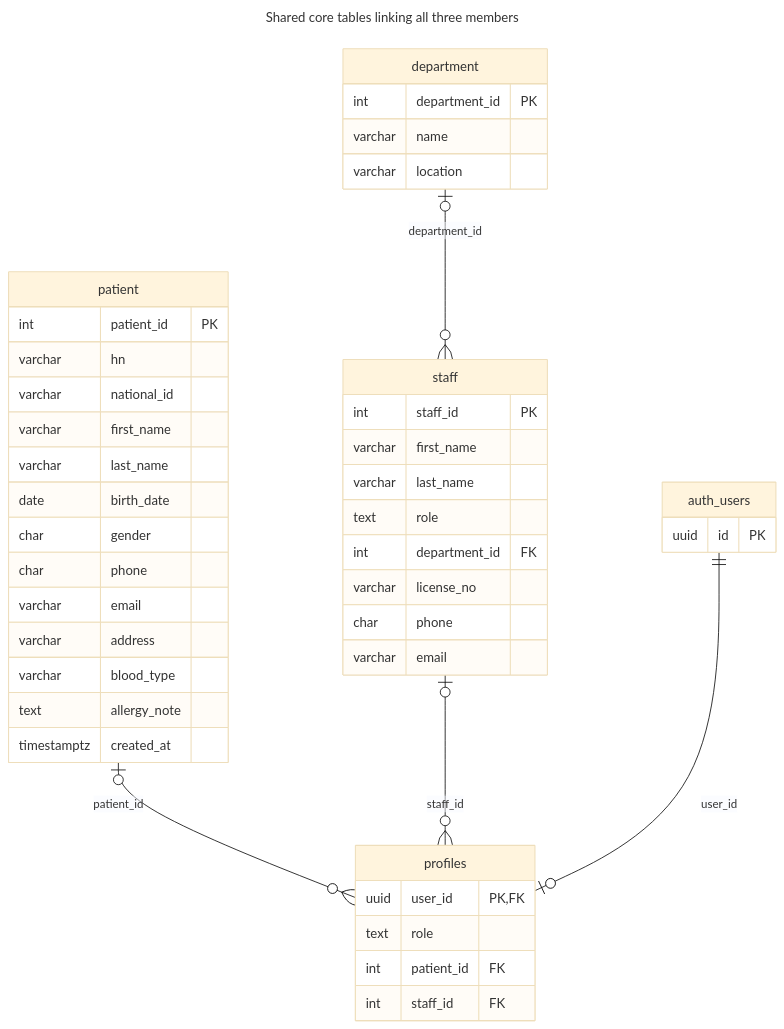
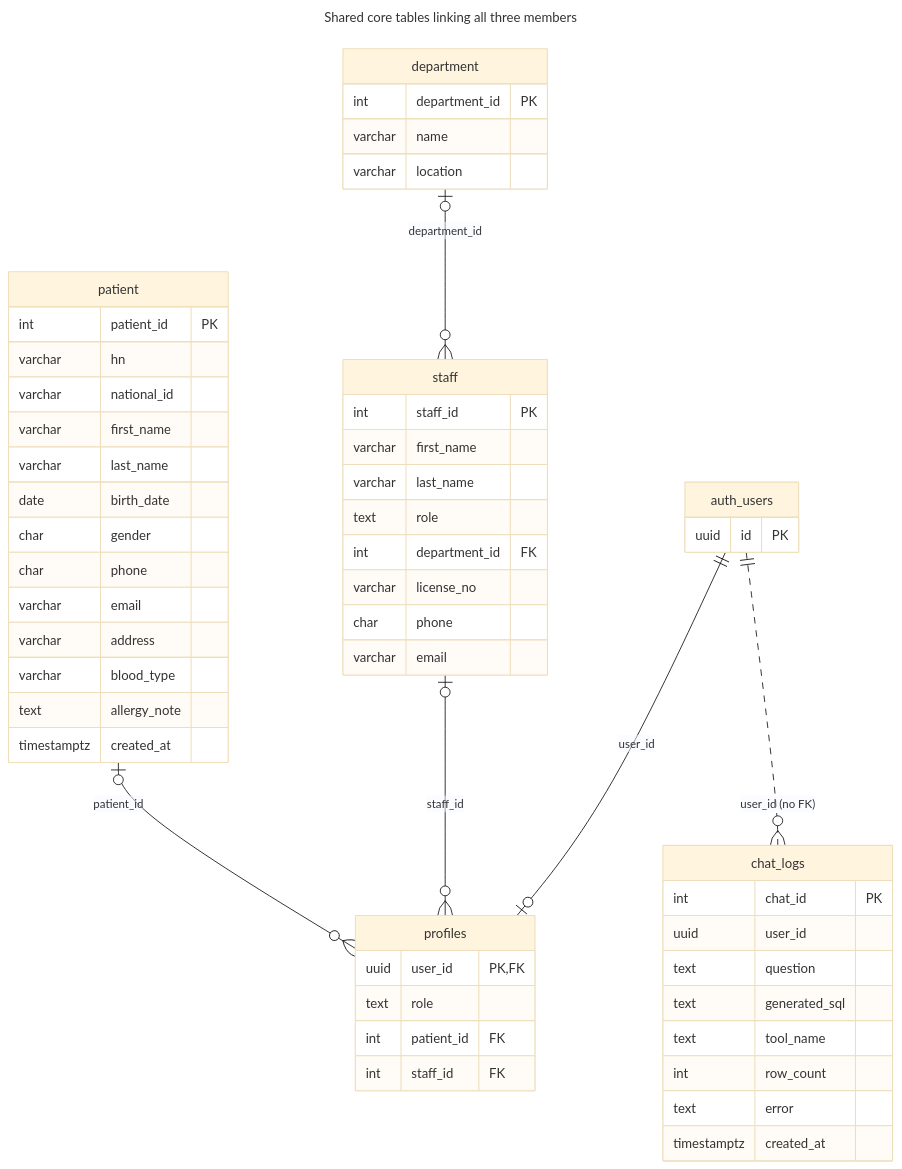
Before and after one commit to popongfm/AIE313-FinalProj_HospitalSystem: the diagram in docs/er/er_core_shared.mmd, drawn with Mermaid (base theme). The commit also changed 18 other files, not shown here.

```diff
--- a/docs/er/er_core_shared.mmd
+++ b/docs/er/er_core_shared.mmd
@@ -1,47 +1,58 @@
 ---
 title: Shared core tables linking all three members
 ---
 erDiagram
     department {
         int department_id PK
         varchar name
         varchar location
     }
     staff {
         int staff_id PK
         varchar first_name
         varchar last_name
         text role
         int department_id FK
         varchar license_no
         char phone
         varchar email
     }
     patient {
         int patient_id PK
         varchar hn
         varchar national_id
         varchar first_name
         varchar last_name
         date birth_date
         char gender
         char phone
         varchar email
         varchar address
         varchar blood_type
         text allergy_note
         timestamptz created_at
     }
     profiles {
         uuid user_id PK,FK
         text role
         int patient_id FK
         int staff_id FK
     }
+    chat_logs {
+        int chat_id PK
+        uuid user_id
+        text question
+        text generated_sql
+        text tool_name
+        int row_count
+        text error
+        timestamptz created_at
+    }
     auth_users {
         uuid id PK
     }
     department |o--o{ staff : "department_id"
     patient |o--o{ profiles : "patient_id"
     staff |o--o{ profiles : "staff_id"
     auth_users ||--o| profiles : "user_id"
+    auth_users ||..o{ chat_logs : "user_id (no FK)"
```
